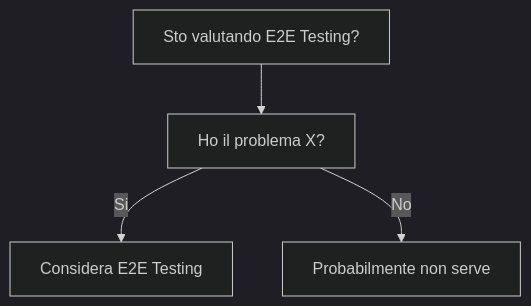
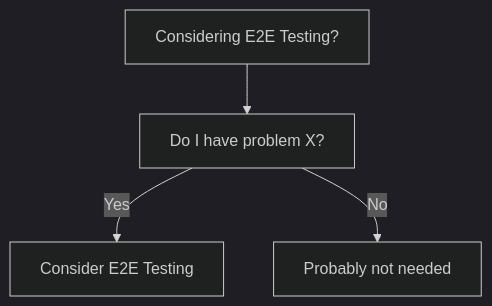
The diagram in dev-wiki/09_Testing/E2E_Testing/When_To_Use.md (HxT9/Software-Dev-Wiki), drawn with Mermaid (dark theme) before and after one commit. The commit also changed other lines of this file and 3444 other files, not shown here.

````diff
--- a/dev-wiki/09_Testing/E2E_Testing/When_To_Use.md
+++ b/dev-wiki/09_Testing/E2E_Testing/When_To_Use.md
@@ -19,6 +19,6 @@
 ```mermaid
 flowchart TD
-  Q[Sto valutando E2E Testing?] --> Q1[Ho il problema X?]
-  Q1 -->|Si| OK[Considera E2E Testing]
-  Q1 -->|No| NO[Probabilmente non serve]
+  Q[Considering E2E Testing?] --> Q1[Do I have problem X?]
+  Q1 -->|Yes| OK[Consider E2E Testing]
+  Q1 -->|No| NO[Probably not needed]
 ```
````
